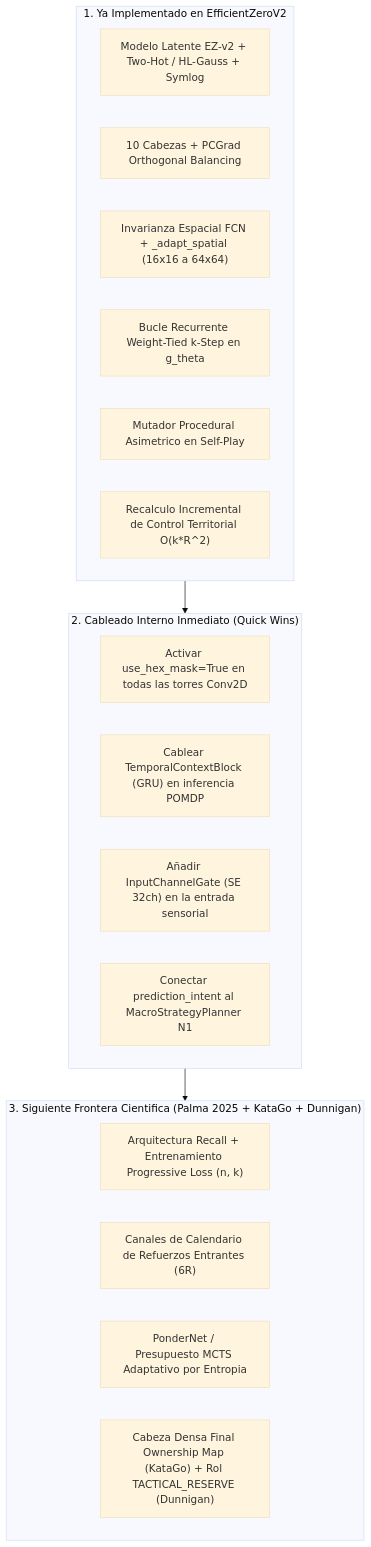
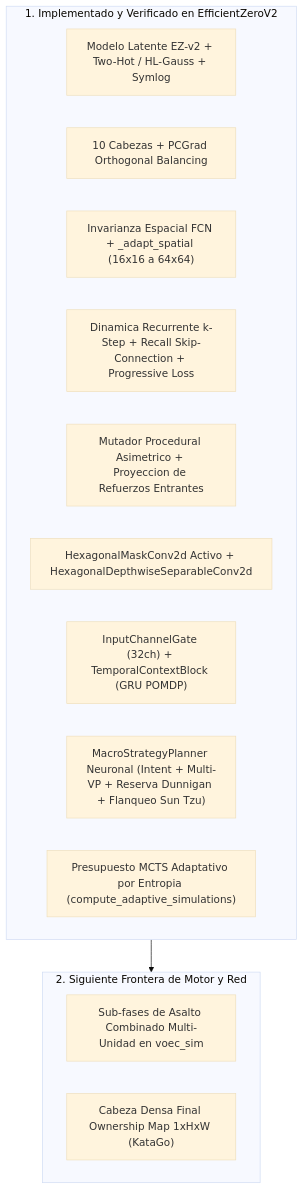
One commit to richardcc/assault-ai-pilot changed the sixth of 6 diagrams in docs/06_LITERATURE_AUDIT_CHANNELS_HEADS_TACTICS.md. Above: the diagram before and after it, drawn with Mermaid (base theme). The commit also changed other lines of this file and 9 other files, not shown here.

Commit message:
feat(ezv2): implement Palma et al. (2025), Dunnigan & Sun Tzu literature gaps

````diff
--- a/docs/06_LITERATURE_AUDIT_CHANNELS_HEADS_TACTICS.md
+++ b/docs/06_LITERATURE_AUDIT_CHANNELS_HEADS_TACTICS.md
@@ -398,27 +391,21 @@
 ```mermaid
 flowchart TD
-    subgraph Implementado["1. Ya Implementado en EfficientZeroV2"]
+    subgraph Implementado["1. Implementado y Verificado en EfficientZeroV2"]
         I1["Modelo Latente EZ-v2 + Two-Hot / HL-Gauss + Symlog"]
         I2["10 Cabezas + PCGrad Orthogonal Balancing"]
         I3["Invarianza Espacial FCN + _adapt_spatial (16x16 a 64x64)"]
-        I4["Bucle Recurrente Weight-Tied k-Step en g_theta"]
-        I5["Mutador Procedural Asimetrico en Self-Play"]
-        I6["Recalculo Incremental de Control Territorial O(k*R^2)"]
+        I4["Dinamica Recurrente k-Step + Recall Skip-Connection + Progressive Loss"]
+        I5["Mutador Procedural Asimetrico + Proyeccion de Refuerzos Entrantes"]
+        I6["HexagonalMaskConv2d Activo + HexagonalDepthwiseSeparableConv2d"]
+        I7["InputChannelGate (32ch) + TemporalContextBlock (GRU POMDP)"]
+        I8["MacroStrategyPlanner Neuronal (Intent + Multi-VP + Reserva Dunnigan + Flanqueo Sun Tzu)"]
+        I9["Presupuesto MCTS Adaptativo por Entropia (compute_adaptive_simulations)"]
     end
 
-    subgraph Fase_Inmediata["2. Cableado Interno Inmediato (Quick Wins)"]
-        Q1["Activar use_hex_mask=True en todas las torres Conv2D"]
-        Q2["Cablear TemporalContextBlock (GRU) en inferencia POMDP"]
-        Q3["Añadir InputChannelGate (SE 32ch) en la entrada sensorial"]
-        Q4["Conectar prediction_intent al MacroStrategyPlanner N1"]
+    subgraph Fase_Avanzada["2. Siguiente Frontera de Motor y Red"]
+        A1["Sub-fases de Asalto Combinado Multi-Unidad en voec_sim"]
+        A2["Cabeza Densa Final Ownership Map 1xHxW (KataGo)"]
     end
 
-    subgraph Fase_Avanzada["3. Siguiente Frontera Cientifica (Palma 2025 + KataGo + Dunnigan)"]
-        A1["Arquitectura Recall + Entrenamiento Progressive Loss (n, k)"]
-        A2["Canales de Calendario de Refuerzos Entrantes (6R)"]
-        A3["PonderNet / Presupuesto MCTS Adaptativo por Entropia"]
-        A4["Cabeza Densa Final Ownership Map (KataGo) + Rol TACTICAL_RESERVE (Dunnigan)"]
-    end
-
-    Implementado --> Fase_Inmediata --> Fase_Avanzada
+    Implementado --> Fase_Avanzada
 ```
````
